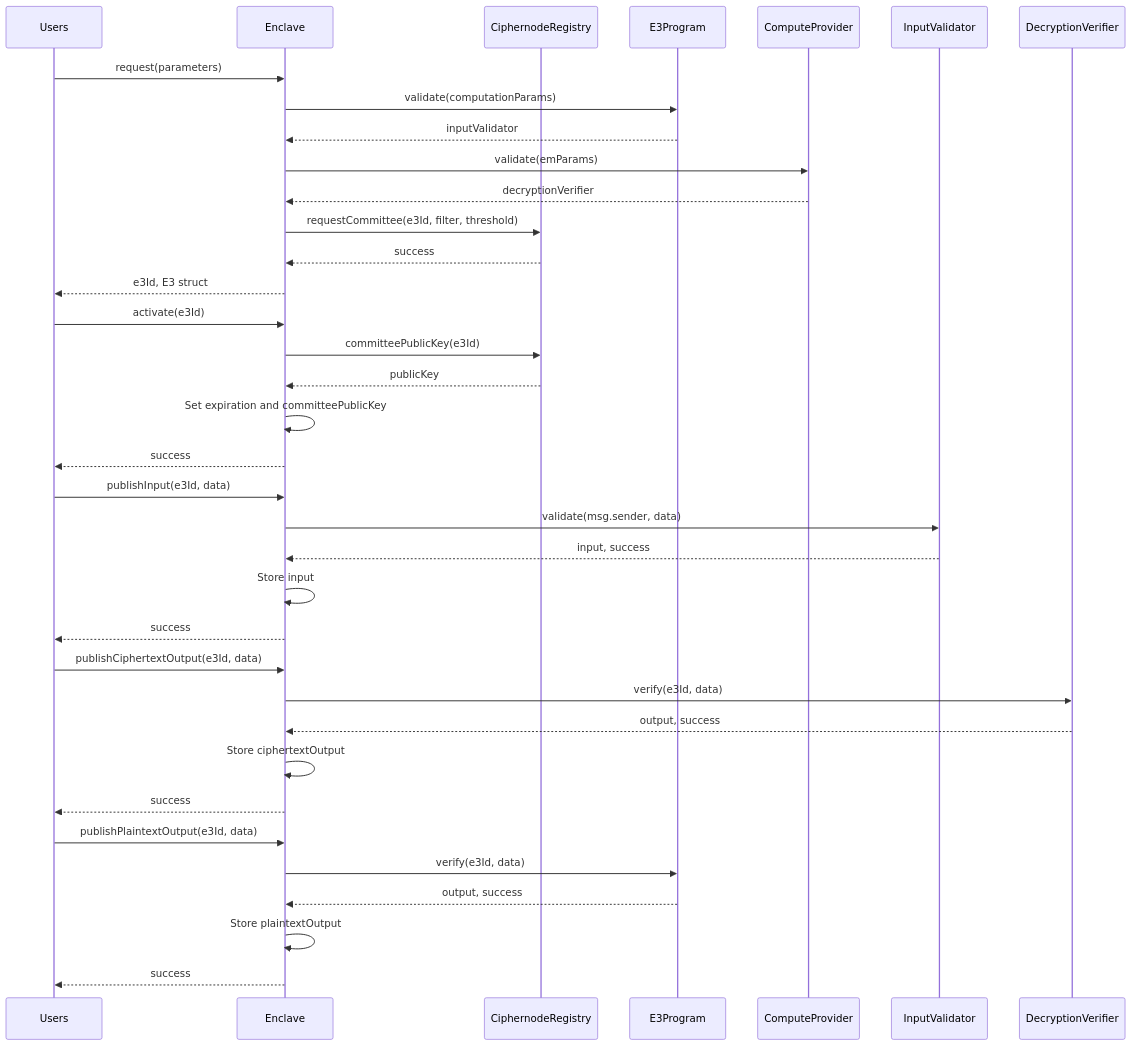
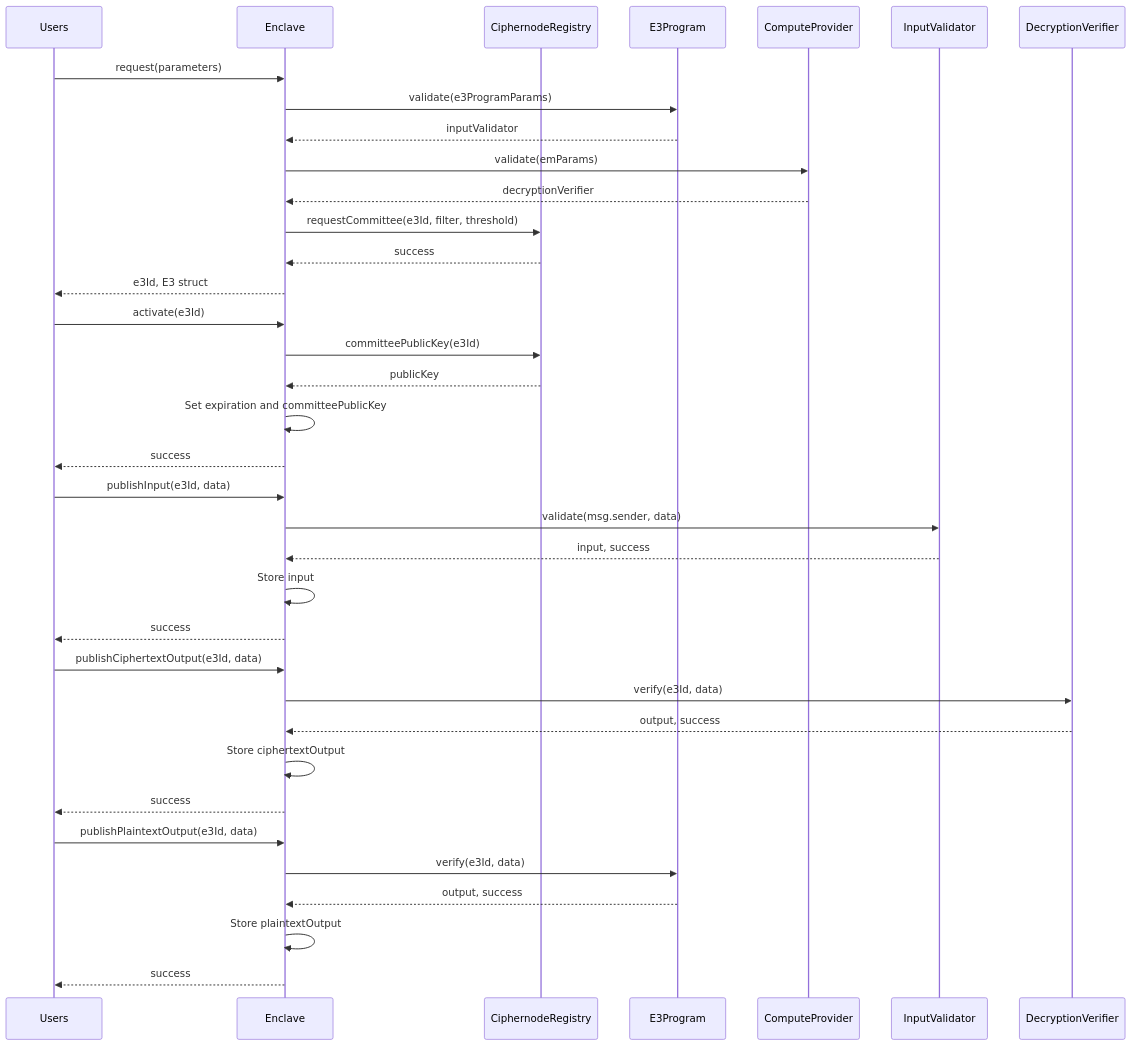
Before and after one commit to gnosisguild/enclave: the diagram in README.md, drawn with Mermaid. The commit also changed 4 other files, not shown here.

Commit message:
fix: computationModule -> e3Program

````diff
--- a/README.md
+++ b/README.md
@@ -18,43 +18,43 @@
 ```mermaid
 sequenceDiagram
     participant Users
     participant Enclave
     participant CiphernodeRegistry
     participant E3Program
     participant ComputeProvider
     participant InputValidator
     participant DecryptionVerifier
 
     Users->>Enclave: request(parameters)
-    Enclave->>E3Program: validate(computationParams)
+    Enclave->>E3Program: validate(e3ProgramParams)
     E3Program-->>Enclave: inputValidator
     Enclave->>ComputeProvider: validate(emParams)
     ComputeProvider-->>Enclave: decryptionVerifier
     Enclave->>CiphernodeRegistry: requestCommittee(e3Id, filter, threshold)
     CiphernodeRegistry-->>Enclave: success
     Enclave-->>Users: e3Id, E3 struct
 
     Users->>Enclave: activate(e3Id)
     Enclave->>CiphernodeRegistry: committeePublicKey(e3Id)
     CiphernodeRegistry-->>Enclave: publicKey
     Enclave->>Enclave: Set expiration and committeePublicKey
     Enclave-->>Users: success
 
     Users->>Enclave: publishInput(e3Id, data)
     Enclave->>InputValidator: validate(msg.sender, data)
     InputValidator-->>Enclave: input, success
     Enclave->>Enclave: Store input
     Enclave-->>Users: success
 
     Users->>Enclave: publishCiphertextOutput(e3Id, data)
     Enclave->>DecryptionVerifier: verify(e3Id, data)
     DecryptionVerifier-->>Enclave: output, success
     Enclave->>Enclave: Store ciphertextOutput
     Enclave-->>Users: success
 
     Users->>Enclave: publishPlaintextOutput(e3Id, data)
     Enclave->>E3Program: verify(e3Id, data)
     E3Program-->>Enclave: output, success
     Enclave->>Enclave: Store plaintextOutput
     Enclave-->>Users: success
 ```
````
